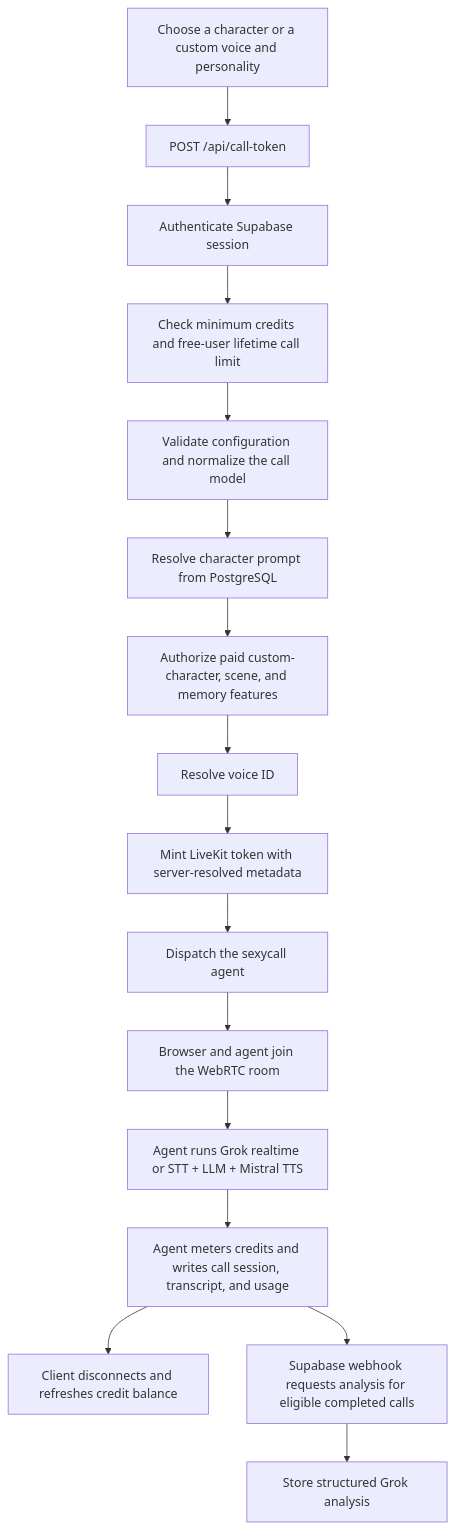
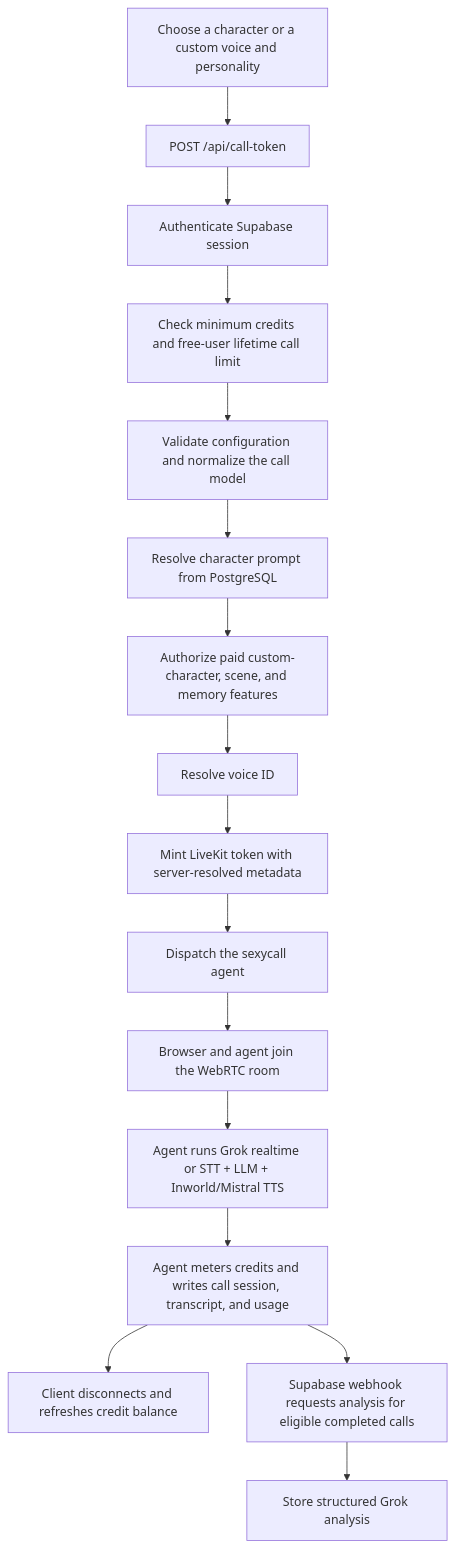
One commit to gianpaj/sexyvoice changed the fifth of 5 diagrams in ARCHITECTURE.md. Above: the diagram before and after it, drawn with Mermaid. The commit also changed other lines of this file and 34 other files, not shown here.

````diff
--- a/ARCHITECTURE.md
+++ b/ARCHITECTURE.md
@@ -355,18 +363,18 @@
 ```mermaid
 flowchart TD
     A["Choose a character or a custom voice and personality"] --> B["POST /api/call-token"]
     B --> C["Authenticate Supabase session"]
     C --> D["Check minimum credits and free-user lifetime call limit"]
     D --> E["Validate configuration and normalize the call model"]
     E --> F["Resolve character prompt from PostgreSQL"]
     F --> G["Authorize paid custom-character, scene, and memory features"]
     G --> H["Resolve voice ID"]
     H --> I["Mint LiveKit token with server-resolved metadata"]
     I --> J["Dispatch the sexycall agent"]
     J --> K["Browser and agent join the WebRTC room"]
-    K --> L["Agent runs Grok realtime or STT + LLM + Mistral TTS"]
+    K --> L["Agent runs Grok realtime or STT + LLM + Inworld/Mistral TTS"]
     L --> M["Agent meters credits and writes call session, transcript, and usage"]
     M --> N["Client disconnects and refreshes credit balance"]
     M --> O["Supabase webhook requests analysis for eligible completed calls"]
     O --> P["Store structured Grok analysis"]
 ```
````
